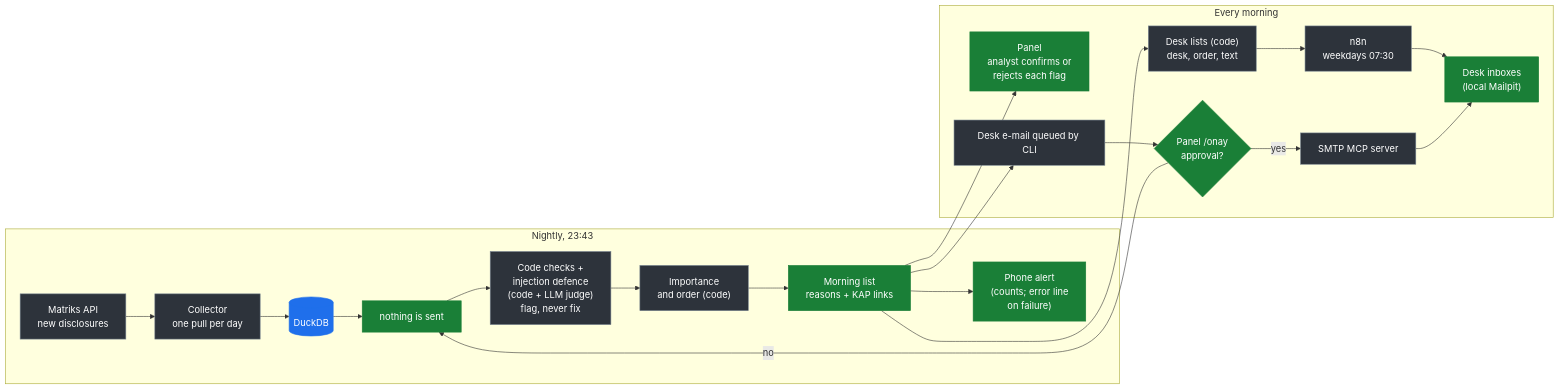
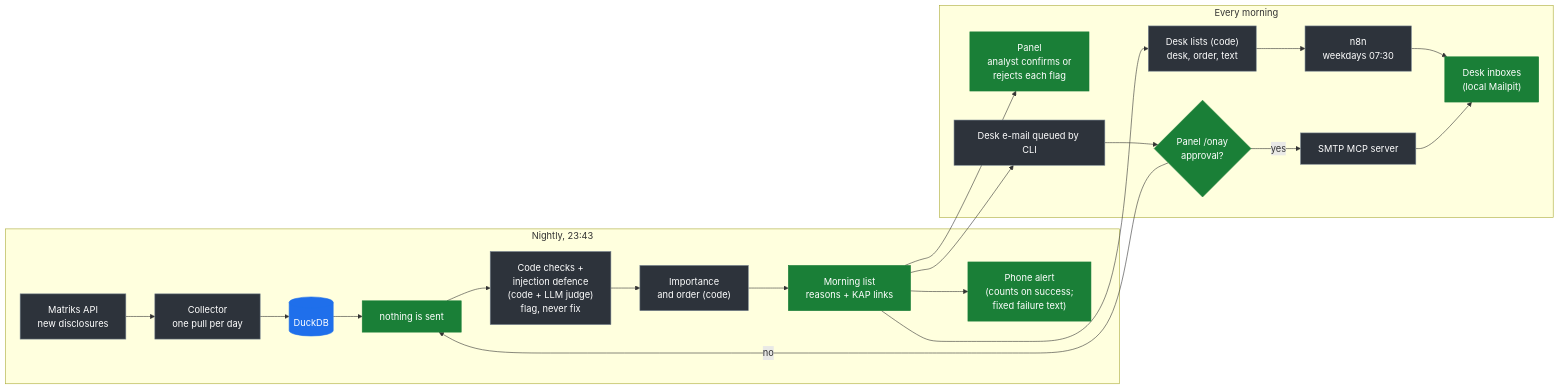
The first of 2 diagrams in README.md (sfeyzayildiz/kap-triage), drawn with Mermaid before and after one commit. The commit also changed other lines of this file and 2 other files, not shown here.

Commit message:
Align alert documentation with fixed failure notices
Document that phone alerts use fixed failure text and keep detailed errors in the local log. Update the README and architecture diagrams alongside the system card.

````diff
--- a/README.md
+++ b/README.md
@@ -84,26 +84,26 @@
 ```mermaid
 flowchart LR
     classDef llm fill:#8250df,stroke:#8250df,color:#ffffff
     classDef code fill:#2d333b,stroke:#768390,color:#ffffff
     classDef store fill:#1f6feb,stroke:#1f6feb,color:#ffffff
     classDef out fill:#1a7f37,stroke:#1a7f37,color:#ffffff
 
     subgraph NIGHT["Nightly, 23:43"]
         M["Matriks API<br/>new disclosures"]:::code --> C["Collector<br/>one pull per day"]:::code --> DB[("DuckDB")]:::store
         DB --> X["LLM extraction<br/>gemma4:e4b, read twice"]:::llm
         X --> K["Code checks +<br/>injection defence<br/>(code + LLM judge)<br/>flag, never fix"]:::code
         K --> S["Importance<br/>and order (code)"]:::code
         S --> L["Morning list<br/>reasons + KAP links"]:::out
-        L --> AL["Phone alert<br/>(counts; error line<br/>on failure)"]:::out
+        L --> AL["Phone alert<br/>(counts on success;<br/>fixed failure text)"]:::out
     end
     subgraph MORNING["Every morning"]
         P["Panel<br/>analyst confirms or<br/>rejects each flag"]:::out
         API["Desk lists (code)<br/>desk, order, text"]:::code --> N["n8n<br/>weekdays 07:30"]:::code --> IN["Desk inboxes<br/>(local Mailpit)"]:::out
         OD["Desk e-mail queued by CLI"]:::code --> H{"Panel /onay<br/>approval?"}:::out
         H -- yes --> SMTP["SMTP MCP server"]:::code --> IN
         H -- no --> X["nothing is sent"]:::out
     end
     L --> P
     L --> API
     L --> OD
 ```
````
